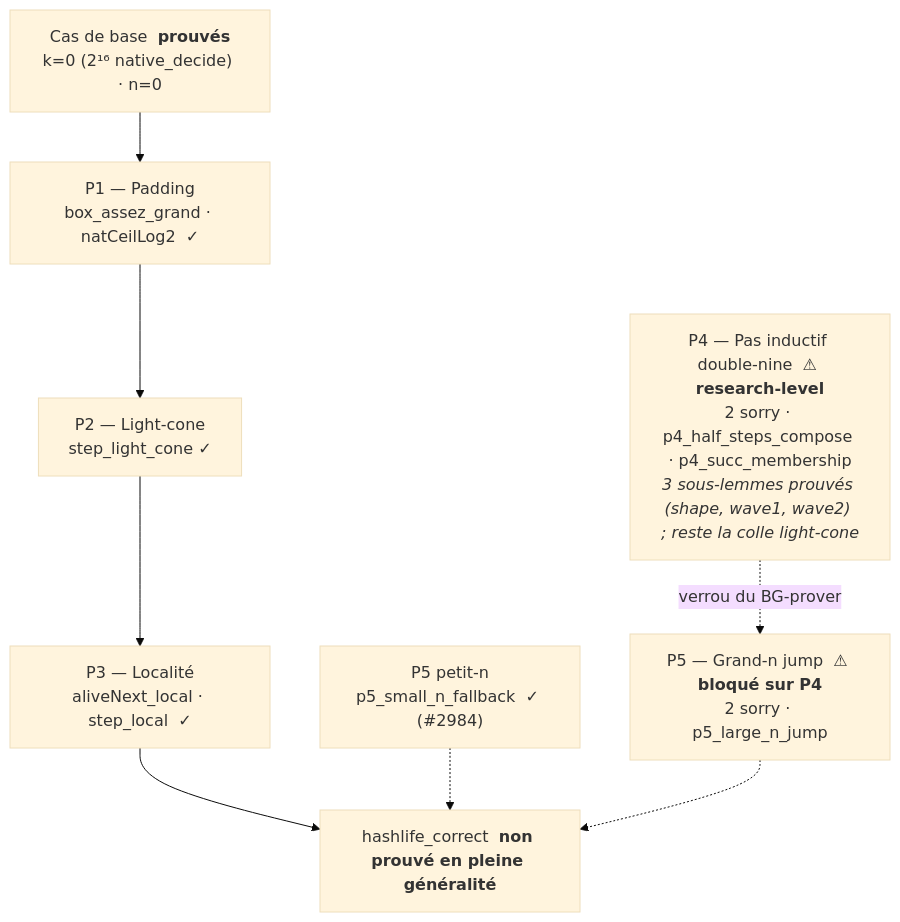
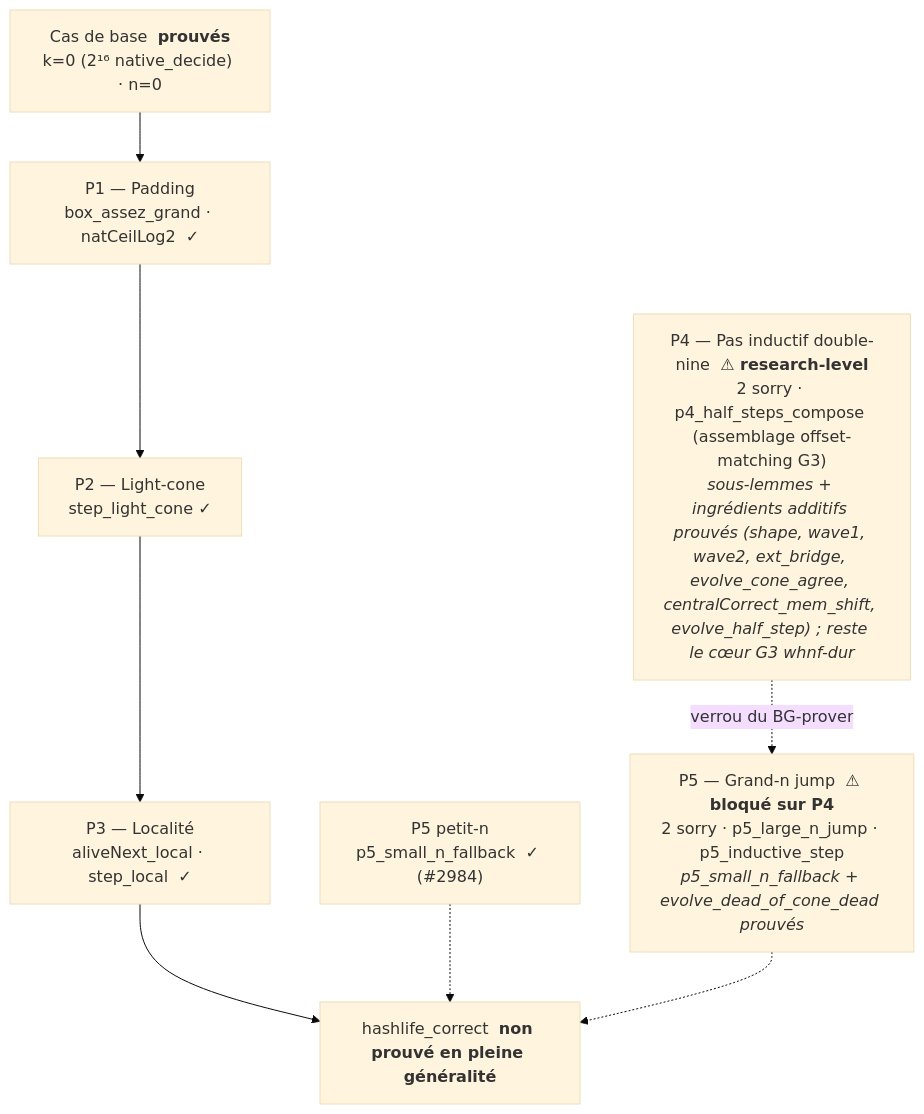
One commit to jsboige/CoursIA changed the second of 2 diagrams in MyIA.AI.Notebooks/SymbolicAI/Lean/conway_lean/README.md. Above: the diagram before and after it, drawn with Mermaid (base theme). The commit also changed other lines of this file, not shown here.

````diff
--- a/MyIA.AI.Notebooks/SymbolicAI/Lean/conway_lean/README.md
+++ b/MyIA.AI.Notebooks/SymbolicAI/Lean/conway_lean/README.md
@@ -146,15 +151,15 @@
 ```mermaid
 flowchart TD
     BASE["Cas de base  <b>prouvés</b><br/>k=0 (2¹⁶ native_decide) · n=0"]
     P1["P1 — Padding<br/>box_assez_grand · natCeilLog2  <b>✓</b>"]
     P2["P2 — Light-cone<br/>step_light_cone  <b>✓</b>"]
     P3["P3 — Localité<br/>aliveNext_local · step_local  <b>✓</b>"]
     P5S["P5 petit-n<br/>p5_small_n_fallback  <b>✓</b> (#2984)"]
-    P4["P4 — Pas inductif double-nine  <b>⚠ research-level</b><br/>2 sorry · p4_half_steps_compose · p4_succ_membership<br/><i>3 sous-lemmes prouvés (shape, wave1, wave2) ; reste la colle light-cone</i>"]
-    P5["P5 — Grand-n jump  <b>⚠ bloqué sur P4</b><br/>2 sorry · p5_large_n_jump"]
+    P4["P4 — Pas inductif double-nine  <b>⚠ research-level</b><br/>2 sorry · p4_half_steps_compose (assemblage offset-matching G3)<br/><i>sous-lemmes + ingrédients additifs prouvés (shape, wave1, wave2, ext_bridge, evolve_cone_agree, centralCorrect_mem_shift, evolve_half_step) ; reste le cœur G3 whnf-dur</i>"]
+    P5["P5 — Grand-n jump  <b>⚠ bloqué sur P4</b><br/>2 sorry · p5_large_n_jump · p5_inductive_step<br/><i>p5_small_n_fallback + evolve_dead_of_cone_dead prouvés</i>"]
     GOAL["hashlife_correct  <b>non prouvé en pleine généralité</b>"]
 
     BASE --> P1 --> P2 --> P3 --> GOAL
     P5S -.-> GOAL
     P4 -.->|"verrou du BG-prover"| P5 -.-> GOAL
 ```
````
